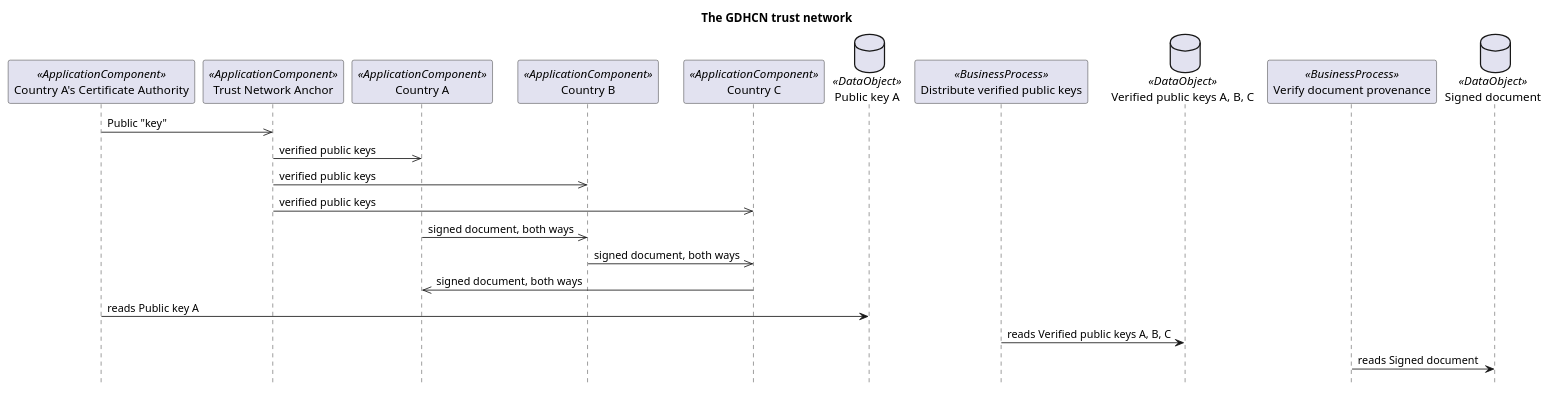
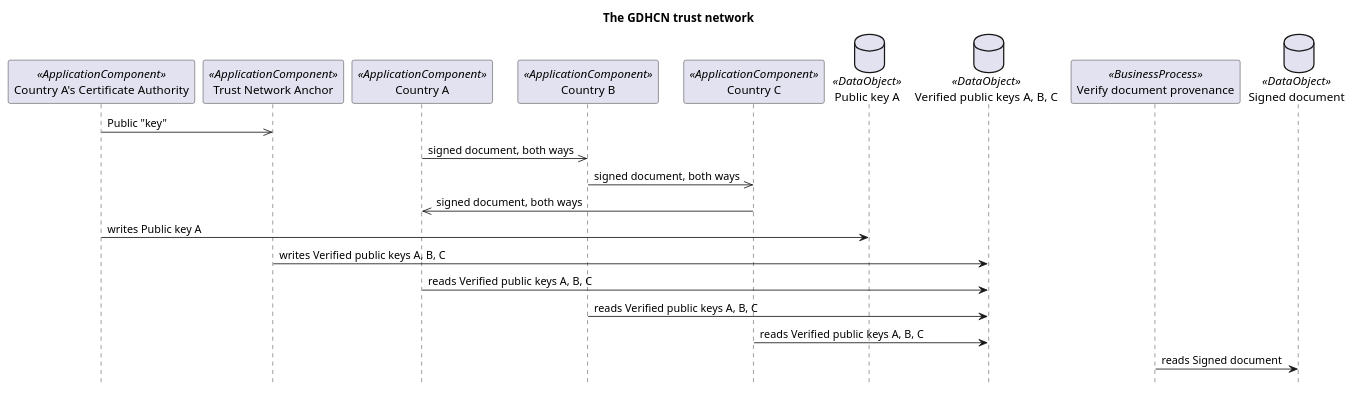
The first of 2 diagrams in archimate/1.7.5/sequences.puml (litlfred/smart-trust), drawn with PlantUML before and after one commit. The commit also changed other lines of this file and 3514 other files, not shown here.

```diff
--- a/archimate/1.7.5/sequences.puml
+++ b/archimate/1.7.5/sequences.puml
@@ -1,25 +1,24 @@
 @startuml
 ' The GDHCN trust network (id-5298d99ad0315566893ee45bb581560e): sequence diagram, derived by archimate-diagrams. Do not edit.
 title The GDHCN trust network
 hide footbox
 participant "Country A's Certificate Authority" as id_3e771e5757515da89f7d8468a23f1d84 <<ApplicationComponent>>
 participant "Trust Network Anchor" as id_95e3a5ec1665573480486059fce7f4b7 <<ApplicationComponent>>
 participant "Country A" as id_eb0dccb52f5a5edf8d35e536b3c38fd8 <<ApplicationComponent>>
 participant "Country B" as id_972ee5a57bd15da5ae78c9efe718926c <<ApplicationComponent>>
 participant "Country C" as id_18e8ca80da2a505db986734cb2e79909 <<ApplicationComponent>>
 database "Public key A" as id_b0064b10d2195375916c96aa009ede54 <<DataObject>>
-participant "Distribute verified public keys" as id_ca16c10e0de353caa17f9e983527bd7c <<BusinessProcess>>
 database "Verified public keys A, B, C" as id_dbcc08cfe5a65863beb0a225535166fb <<DataObject>>
 participant "Verify document provenance" as id_f58cf729fc445273824b3e6a87160c82 <<BusinessProcess>>
 database "Signed document" as id_fd3fb32d7993564c82eeb747470c97fd <<DataObject>>
 id_3e771e5757515da89f7d8468a23f1d84 ->> id_95e3a5ec1665573480486059fce7f4b7 : Public "key"
-id_95e3a5ec1665573480486059fce7f4b7 ->> id_eb0dccb52f5a5edf8d35e536b3c38fd8 : verified public keys
-id_95e3a5ec1665573480486059fce7f4b7 ->> id_972ee5a57bd15da5ae78c9efe718926c : verified public keys
-id_95e3a5ec1665573480486059fce7f4b7 ->> id_18e8ca80da2a505db986734cb2e79909 : verified public keys
 id_eb0dccb52f5a5edf8d35e536b3c38fd8 ->> id_972ee5a57bd15da5ae78c9efe718926c : signed document, both ways
 id_972ee5a57bd15da5ae78c9efe718926c ->> id_18e8ca80da2a505db986734cb2e79909 : signed document, both ways
 id_18e8ca80da2a505db986734cb2e79909 ->> id_eb0dccb52f5a5edf8d35e536b3c38fd8 : signed document, both ways
-id_3e771e5757515da89f7d8468a23f1d84 -> id_b0064b10d2195375916c96aa009ede54 : reads Public key A
-id_ca16c10e0de353caa17f9e983527bd7c -> id_dbcc08cfe5a65863beb0a225535166fb : reads Verified public keys A, B, C
+id_3e771e5757515da89f7d8468a23f1d84 -> id_b0064b10d2195375916c96aa009ede54 : writes Public key A
+id_95e3a5ec1665573480486059fce7f4b7 -> id_dbcc08cfe5a65863beb0a225535166fb : writes Verified public keys A, B, C
+id_eb0dccb52f5a5edf8d35e536b3c38fd8 -> id_dbcc08cfe5a65863beb0a225535166fb : reads Verified public keys A, B, C
+id_972ee5a57bd15da5ae78c9efe718926c -> id_dbcc08cfe5a65863beb0a225535166fb : reads Verified public keys A, B, C
+id_18e8ca80da2a505db986734cb2e79909 -> id_dbcc08cfe5a65863beb0a225535166fb : reads Verified public keys A, B, C
 id_f58cf729fc445273824b3e6a87160c82 -> id_fd3fb32d7993564c82eeb747470c97fd : reads Signed document
 @enduml
```
